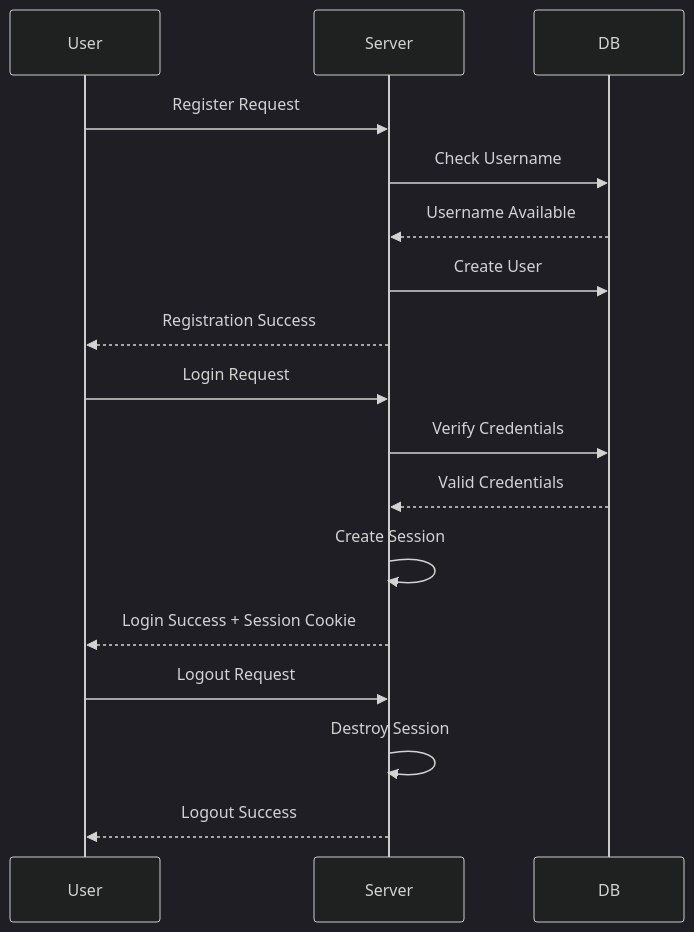
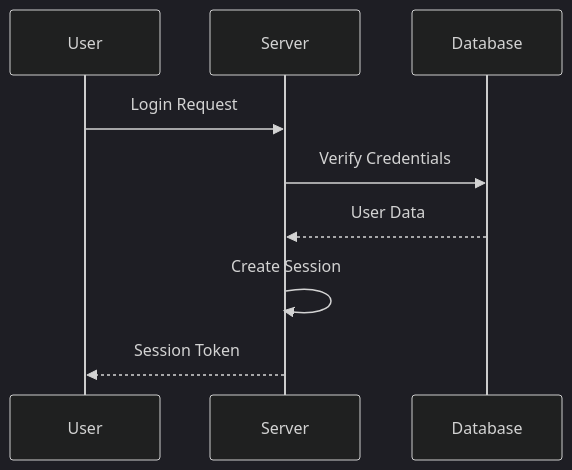
The second of 6 diagrams in docs/architecture.md (guiiireg/forum), drawn with Mermaid (dark theme) before and after one commit. The commit also changed other lines of this file and 2 other files, not shown here.

````diff
--- a/docs/architecture.md
+++ b/docs/architecture.md
@@ -16,22 +18,12 @@
 ```mermaid
 sequenceDiagram
     participant User
     participant Server
-    participant DB
-    
-    User->>Server: Register Request
-    Server->>DB: Check Username
-    DB-->>Server: Username Available
-    Server->>DB: Create User
-    Server-->>User: Registration Success
+    participant Database
     
     User->>Server: Login Request
-    Server->>DB: Verify Credentials
-    DB-->>Server: Valid Credentials
+    Server->>Database: Verify Credentials
+    Database-->>Server: User Data
     Server->>Server: Create Session
-    Server-->>User: Login Success + Session Cookie
-    
-    User->>Server: Logout Request
-    Server->>Server: Destroy Session
-    Server-->>User: Logout Success
+    Server-->>User: Session Token
 ```
````
